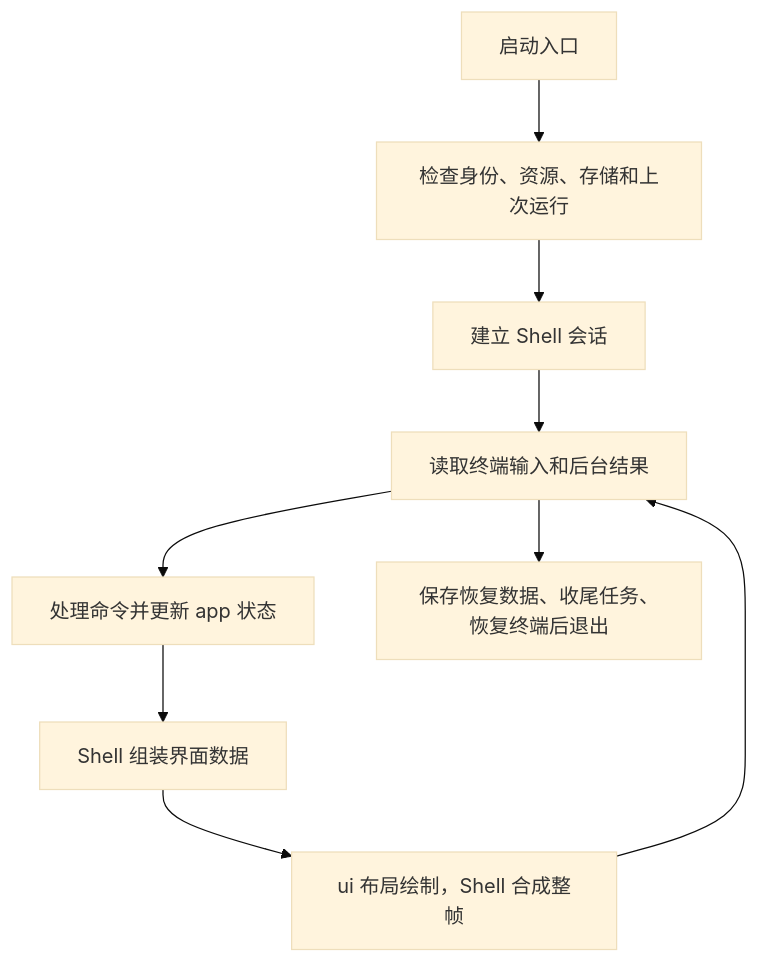
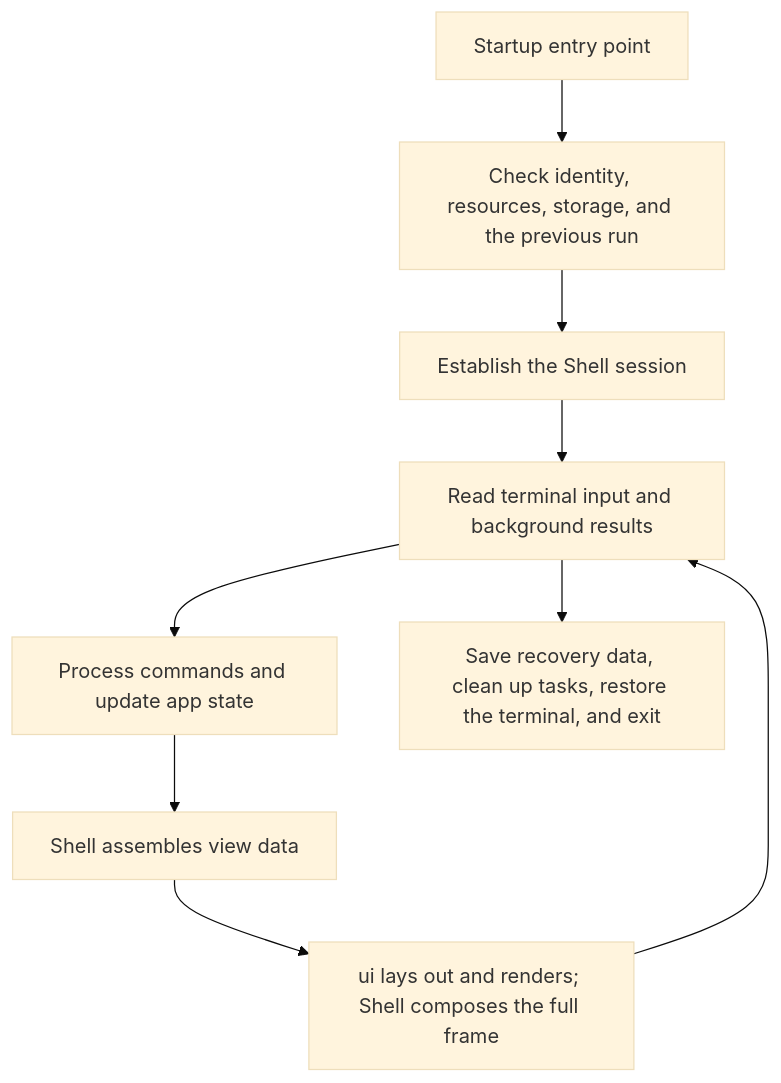
The first of 2 diagrams in docs/README-TECHNICAL.md (peixuanthomas/TundraUX3), drawn with Mermaid (base theme) before and after one commit. The commit also changed other lines of this file and 69 other files, not shown here.

````diff
--- a/docs/README-TECHNICAL.md
+++ b/docs/README-TECHNICAL.md
@@ -26,11 +26,11 @@
 ```mermaid
 flowchart TD
-    Start[启动入口] --> Check[检查身份、资源、存储和上次运行]
-    Check --> Session[建立 Shell 会话]
-    Session --> Input[读取终端输入和后台结果]
-    Input --> Command[处理命令并更新 app 状态]
-    Command --> View[Shell 组装界面数据]
-    View --> Render[ui 布局绘制，Shell 合成整帧]
+    Start[Startup entry point] --> Check[Check identity, resources, storage, and the previous run]
+    Check --> Session[Establish the Shell session]
+    Session --> Input[Read terminal input and background results]
+    Input --> Command[Process commands and update app state]
+    Command --> View[Shell assembles view data]
+    View --> Render[ui lays out and renders; Shell composes the full frame]
     Render --> Input
-    Input --> Exit[保存恢复数据、收尾任务、恢复终端后退出]
+    Input --> Exit[Save recovery data, clean up tasks, restore the terminal, and exit]
 ```
````
